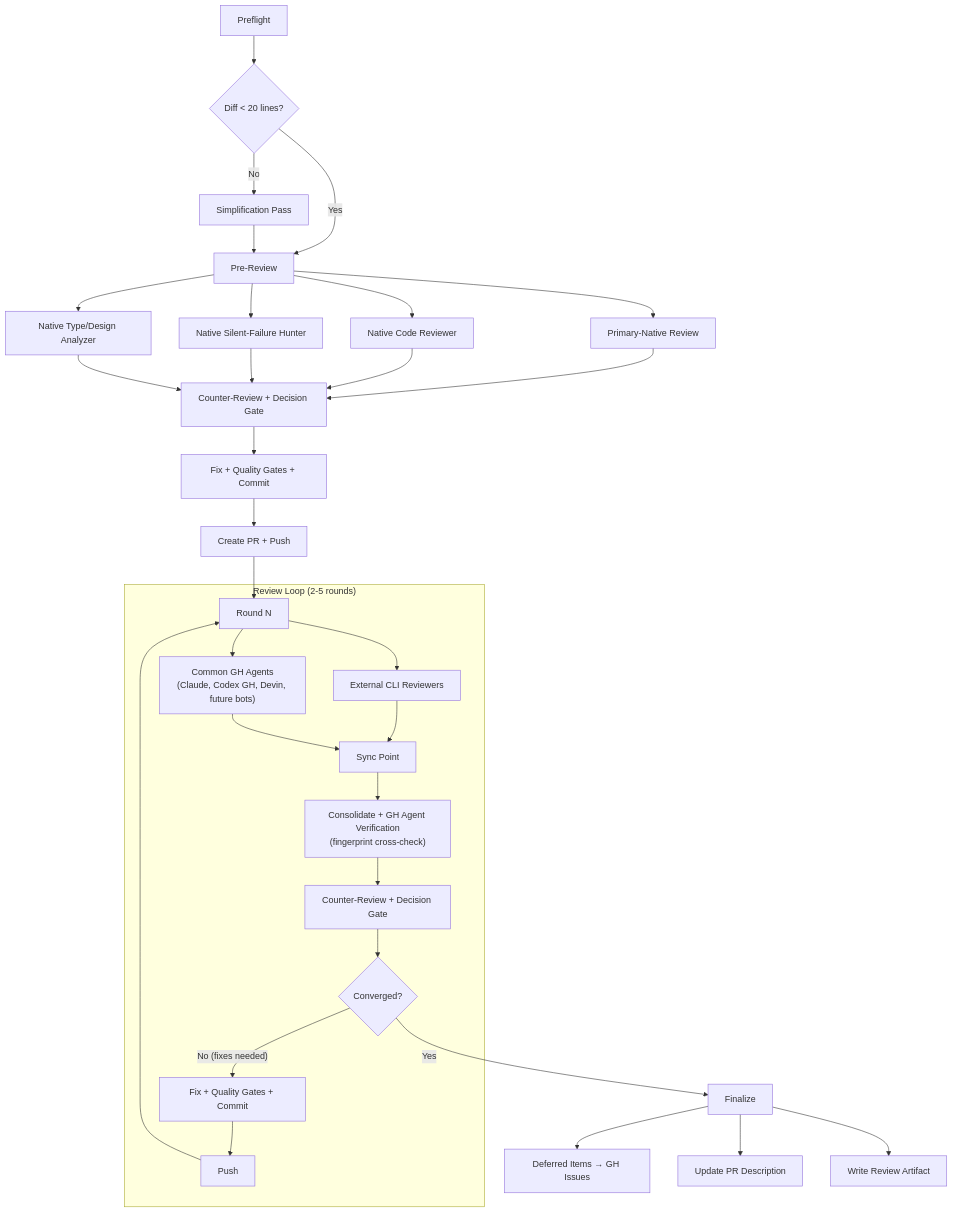
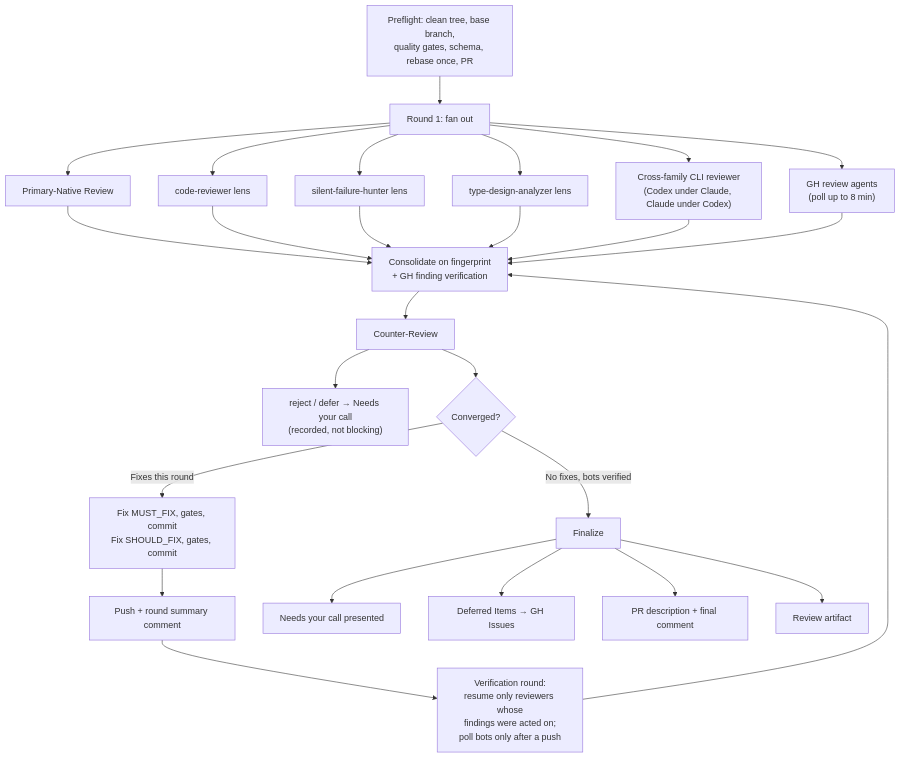
The first of 8 diagrams in docs/SKILLS_GUIDE.md (anbuneel/agentic-engineering), drawn with Mermaid before and after one commit. The commit also changed other lines of this file and 36 other files, not shown here.

````diff
--- a/docs/SKILLS_GUIDE.md
+++ b/docs/SKILLS_GUIDE.md
@@ -27,34 +27,25 @@
 ```mermaid
 graph TD
-    A[Preflight] --> B{Diff < 20 lines?}
-    B -- Yes --> D[Pre-Review]
-    B -- No --> C["Simplification Pass"]
-    C --> D
+    A["Preflight: clean tree, base branch,\nquality gates, schema, rebase once, PR"] --> B[Round 1: fan out]
 
-    D --> D0[Primary-Native Review]
-    D --> D1[Native Code Reviewer]
-    D --> D2[Native Silent-Failure Hunter]
-    D --> D3[Native Type/Design Analyzer]
-    D0 & D1 & D2 & D3 --> E[Counter-Review + Decision Gate]
-    E --> F[Fix + Quality Gates + Commit]
-    F --> G[Create PR + Push]
+    B --> B0[Primary-Native Review]
+    B --> B1[code-reviewer lens]
+    B --> B2[silent-failure-hunter lens]
+    B --> B3[type-design-analyzer lens]
+    B --> B4["Cross-family CLI reviewer\n(Codex under Claude, Claude under Codex)"]
+    B --> B5["GH review agents\n(poll up to 8 min)"]
+    B0 & B1 & B2 & B3 & B4 & B5 --> C["Consolidate on fingerprint\n+ GH finding verification"]
+    C --> D[Counter-Review]
+    D --> D1["reject / defer → Needs your call\n(recorded, not blocking)"]
+    D --> E{Converged?}
+    E -- "Fixes this round" --> F["Fix MUST_FIX, gates, commit\nFix SHOULD_FIX, gates, commit"]
+    F --> G[Push + round summary comment]
+    G --> H["Verification round:\nresume only reviewers whose\nfindings were acted on;\npoll bots only after a push"]
+    H --> C
 
-    G --> H[Round N]
-
-    subgraph "Review Loop (2-5 rounds)"
-        H --> I[External CLI Reviewers]
-        H --> J["Common GH Agents\n(Claude, Codex GH, Devin, future bots)"]
-        I & J --> K[Sync Point]
-        K --> L["Consolidate + GH Agent Verification\n(fingerprint cross-check)"]
-        L --> M[Counter-Review + Decision Gate]
-        M --> N{Converged?}
-        N -- "No (fixes needed)" --> O[Fix + Quality Gates + Commit]
-        O --> P[Push]
-        P --> H
-    end
-
-    N -- Yes --> Q[Finalize]
-    Q --> R[Deferred Items → GH Issues]
-    Q --> S[Update PR Description]
-    Q --> T[Write Review Artifact]
+    E -- "No fixes, bots verified" --> I[Finalize]
+    I --> J[Needs your call presented]
+    I --> K[Deferred Items → GH Issues]
+    I --> L[PR description + final comment]
+    I --> M[Review artifact]
 ```
````
